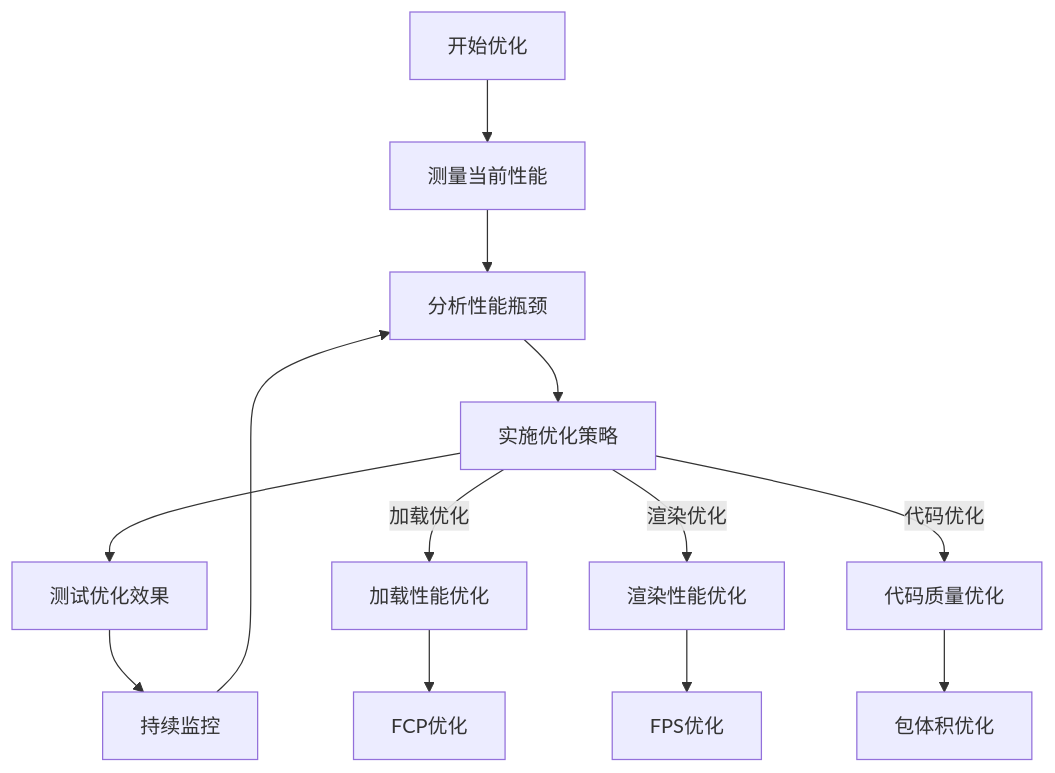
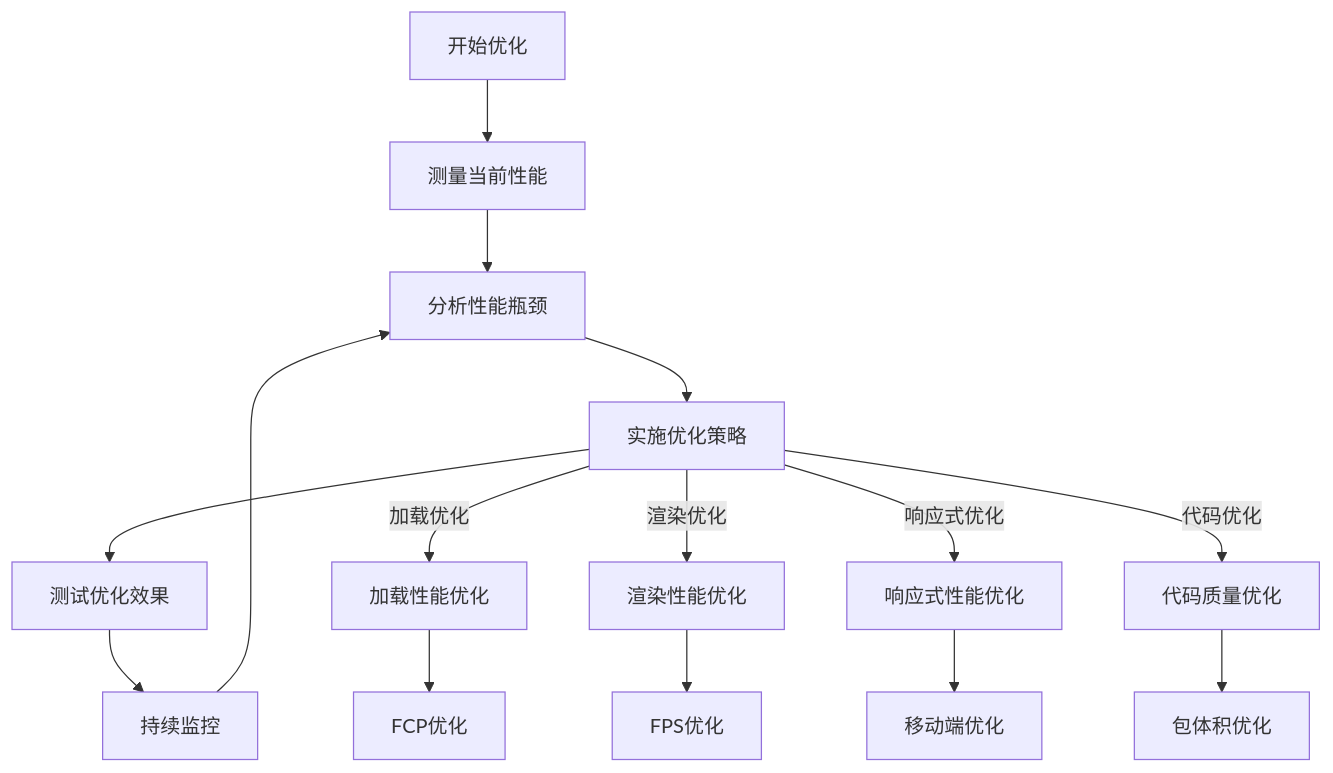
The fifth of 6 diagrams in .qoder/repowiki/zh/content/前端性能优化/前端性能优化.md (UnicornXU/knowledge-base), drawn with Mermaid before and after one commit. The commit also changed other lines of this file and 18 other files, not shown here.

````diff
--- a/.qoder/repowiki/zh/content/前端性能优化/前端性能优化.md
+++ b/.qoder/repowiki/zh/content/前端性能优化/前端性能优化.md
@@ -758,15 +1575,17 @@
 ```mermaid
 flowchart TD
 Start[开始优化] --> Measure[测量当前性能]
 Measure --> Analyze[分析性能瓶颈]
 Analyze --> Implement[实施优化策略]
 Implement --> Test[测试优化效果]
 Test --> Monitor[持续监控]
 Monitor --> Analyze
 Implement --> |加载优化| Load[加载性能优化]
 Implement --> |渲染优化| Render[渲染性能优化]
+Implement --> |响应式优化| Responsive[响应式性能优化]
 Implement --> |代码优化| Code[代码质量优化]
 Load --> FCP[FCP优化]
 Render --> FPS[FPS优化]
+Responsive --> Mobile[移动端优化]
 Code --> Bundle[包体积优化]
 ```
````
